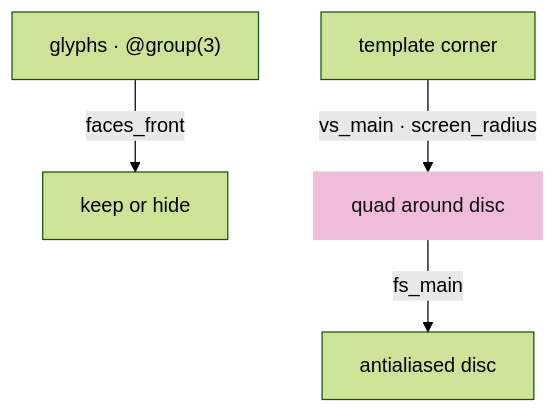
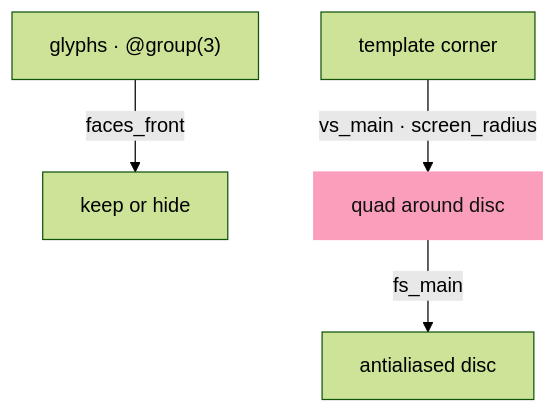
Before and after one commit to petrasvestartas/session: the fourth of 6 diagrams in session_viewer/docs/04c-markers.md, drawn with Mermaid (forest theme). The commit also changed other lines of this file and 328 other files, not shown here.

First line of the commit message:
Course: the palette you sent, and mermaid drawn like the drawings

````diff
--- a/session_viewer/docs/04c-markers.md
+++ b/session_viewer/docs/04c-markers.md
@@ -105,7 +105,7 @@
 ```mermaid
 flowchart TB
     G["glyphs · @group(3)"] -- "faces_front" --> K["keep or hide"]
     T["template corner"] -- "vs_main · screen_radius" --> Q["quad around disc"]
     Q -- "fs_main" --> D["antialiased disc"]
-    style Q fill:#f0bcdb,stroke:#f0bcdb,color:#111
+    style Q fill:#fa9ebc,stroke:#fa9ebc,color:#111
 ```
````
